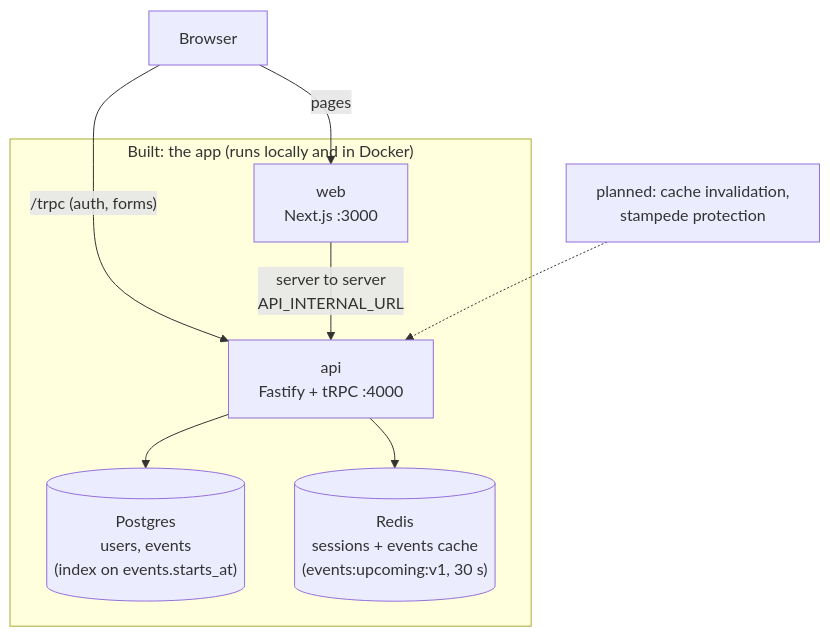
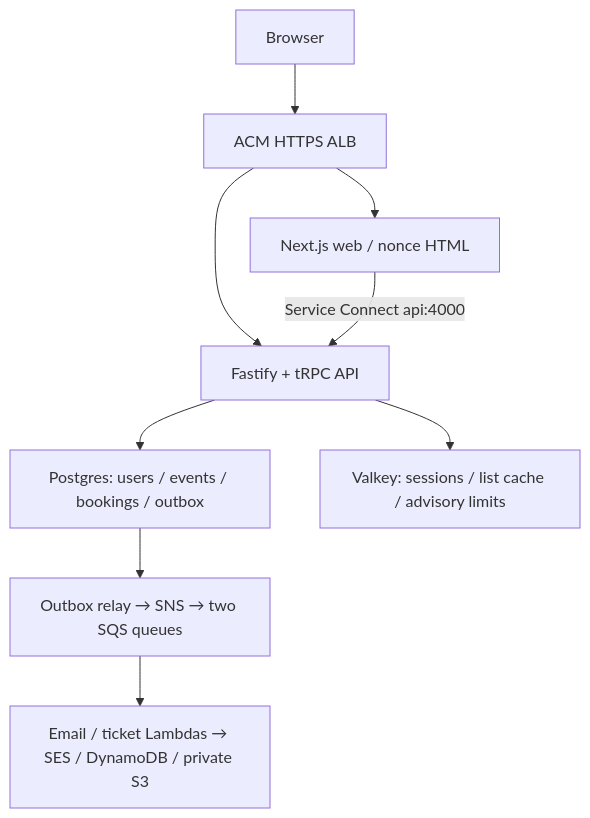
Before and after one commit to maheshnd/minitickets: the first of 4 diagrams in docs/00-architecture.md, drawn with Mermaid. The commit also changed other lines of this file and 182 other files, not shown here.

````diff
--- a/docs/00-architecture.md
+++ b/docs/00-architecture.md
@@ -14,17 +7,11 @@
 ```mermaid
 flowchart TB
-    browser["Browser"]
-    subgraph local["Built: the app (runs locally and in Docker)"]
-        web["web<br/>Next.js :3000"]
-        api["api<br/>Fastify + tRPC :4000"]
-        pg[("Postgres<br/>users, events<br/>(index on events.starts_at)")]
-        redis[("Redis<br/>sessions + events cache<br/>(events:upcoming:v1, 30 s)")]
-    end
-    planned["planned: cache invalidation,<br/>stampede protection"]
-    browser -->|"pages"| web
-    browser -->|"/trpc (auth, forms)"| api
-    web -->|"server to server<br/>API_INTERNAL_URL"| api
-    api --> pg
-    api --> redis
-    planned -.-> api
+    browser["Browser"] --> alb["ACM HTTPS ALB"]
+    alb --> web["Next.js web / nonce HTML"]
+    alb --> api["Fastify + tRPC API"]
+    web -->|"Service Connect api:4000"| api
+    api --> pg["Postgres: users / events / bookings / outbox"]
+    api --> redis["Valkey: sessions / list cache / advisory limits"]
+    pg --> async["Outbox relay → SNS → two SQS queues"]
+    async --> workers["Email / ticket Lambdas → SES / DynamoDB / private S3"]
 ```
````
